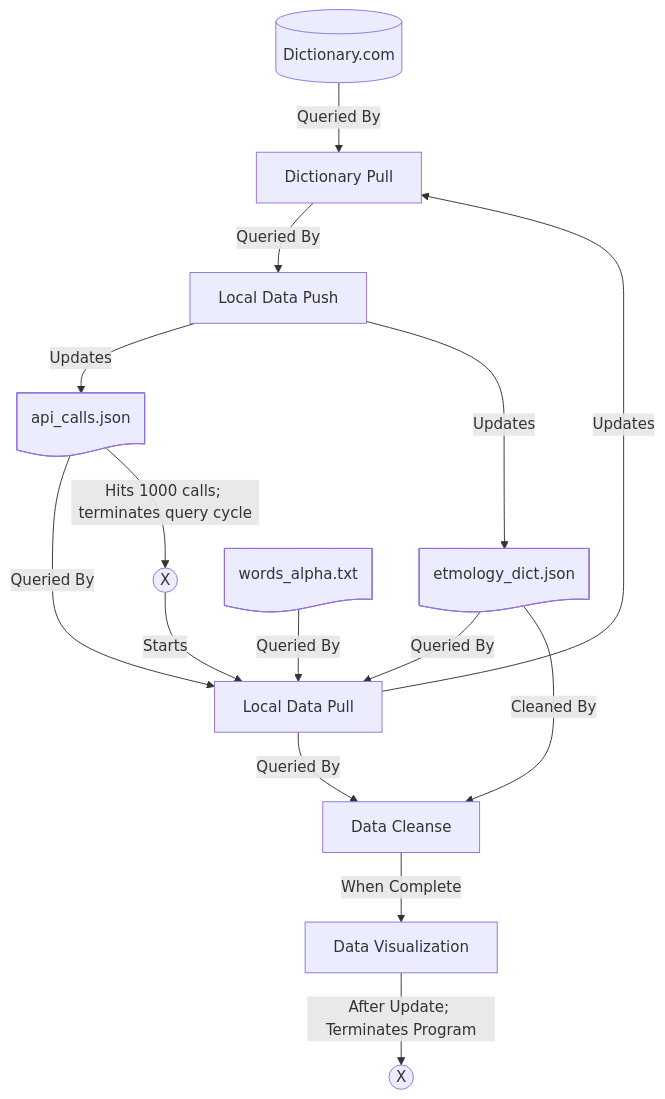
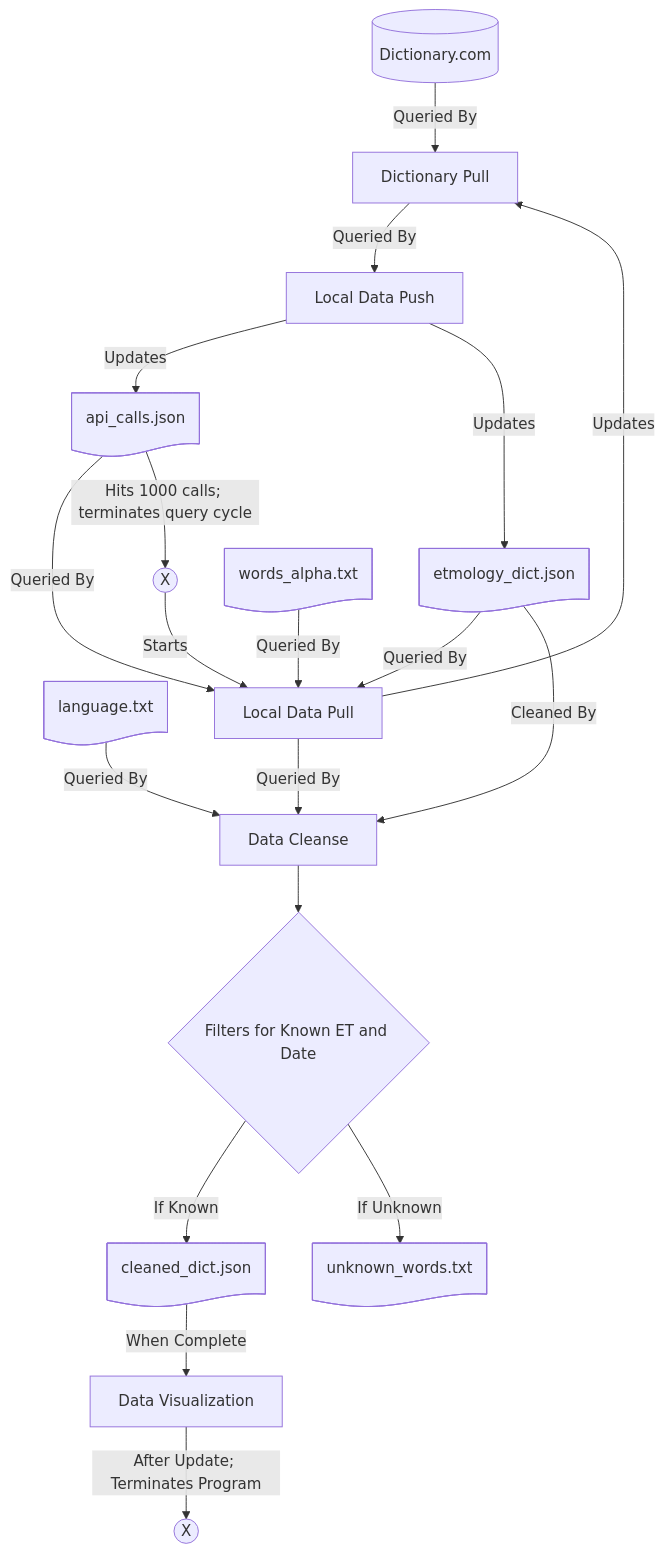
The diagram in Dictionary_Analysis/DESIGN.md (paul-mcinnis91/public_projects), drawn with Mermaid before and after one commit. The commit also changed other lines of this file and 3 other files, not shown here.

Commit message:
Updated design flow to make data sifting simpler

````diff
--- a/Dictionary_Analysis/DESIGN.md
+++ b/Dictionary_Analysis/DESIGN.md
@@ -20,30 +20,46 @@
 ```mermaid
 flowchart TD
     Dictionary_com@{shape: cyl, label: "Dictionary.com"}
+
     Terminates_Query((X))
     Terminates_Program((X))
+
     API_Calls_JSON@{shape: doc, label: "api_calls.json"}
+    Cleaned_Dict@{shape: doc, label: "cleaned_dict.json"}
     Etymology_Dict@{shape: doc, label: "etmology_dict.json"}
+    Language_txt@{shape: doc, label: "language.txt"}
+    Unknown_Words@{shape: doc, label: "unknown_words.txt"}
     Words_Alpha@{shape: doc, label: "words_alpha.txt"}
+
     Local_Data_Pull[Local Data Pull]
     Local_Data_Push[Local Data Push]
     Dictionary_Pull[Dictionary Pull]
     Data_Cleanse[Data Cleanse]
     Data_Visualization[Data Visualization]
 
+    Filter_Known_Unk{Filters for Known ET and Date}
 
     Dictionary_com -- "Queried By" --> Dictionary_Pull
-    Dictionary_Pull -- "Queried By" --> Local_Data_Push
     API_Calls_JSON -- "Queried By" --> Local_Data_Pull
     Etymology_Dict -- "Queried By" --> Local_Data_Pull
     Words_Alpha -- "Queried By" --> Local_Data_Pull
     API_Calls_JSON -- "Hits 1000 calls; terminates query cycle" --> Terminates_Query
+    Terminates_Query -- "Starts" --> Local_Data_Pull
+    Dictionary_Pull -- "Queried By" --> Local_Data_Push
+
     Local_Data_Pull -- "Updates" --> Dictionary_Pull
     Local_Data_Push -- "Updates" --> API_Calls_JSON
     Local_Data_Push -- "Updates" --> Etymology_Dict
-    Terminates_Query -- "Starts" --> Local_Data_Pull
     Local_Data_Pull -- "Queried By" --> Data_Cleanse 
     Etymology_Dict -- "Cleaned By" --> Data_Cleanse
-    Data_Cleanse -- "When Complete" --> Data_Visualization
+
+    Language_txt -- "Queried By" --> Data_Cleanse
+    Data_Cleanse --> Filter_Known_Unk
+    Filter_Known_Unk -- "If Known" --> Cleaned_Dict
+    Filter_Known_Unk -- "If Unknown" --> Unknown_Words
+    
+    Cleaned_Dict -- "When Complete" --> Data_Visualization
+   
     Data_Visualization -- "After Update; Terminates Program" --> Terminates_Program
+
 ```
````
